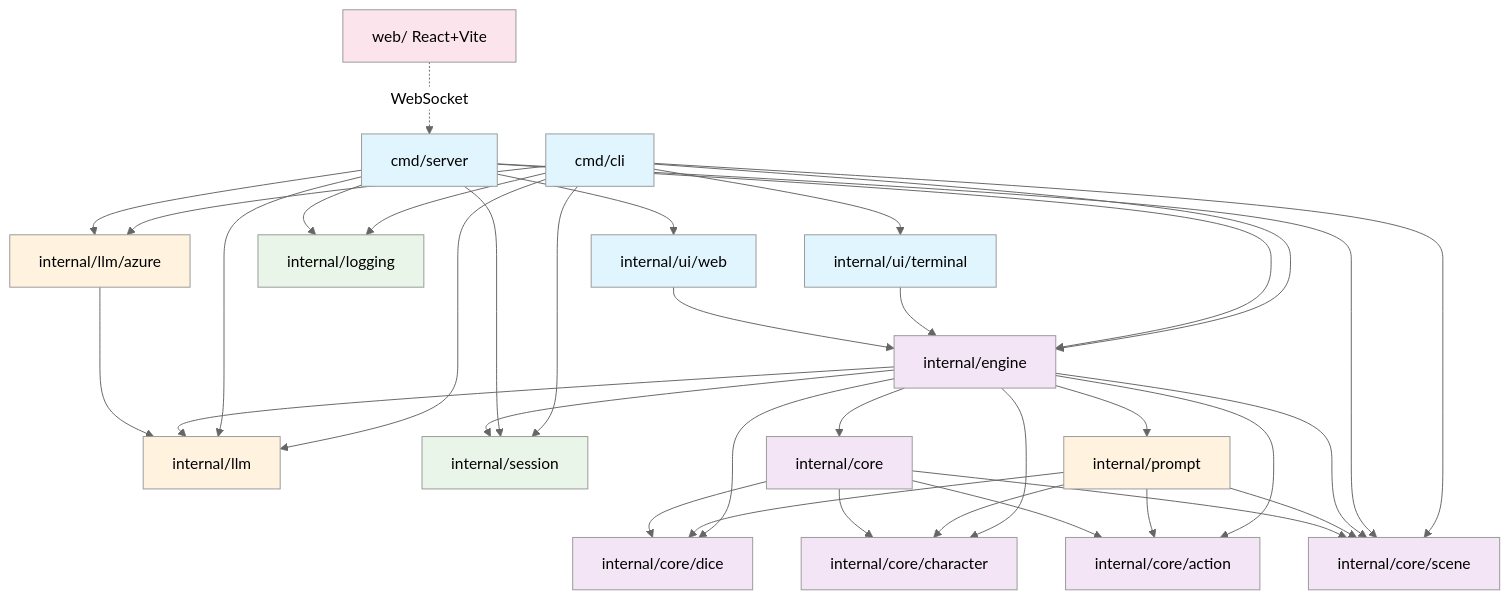
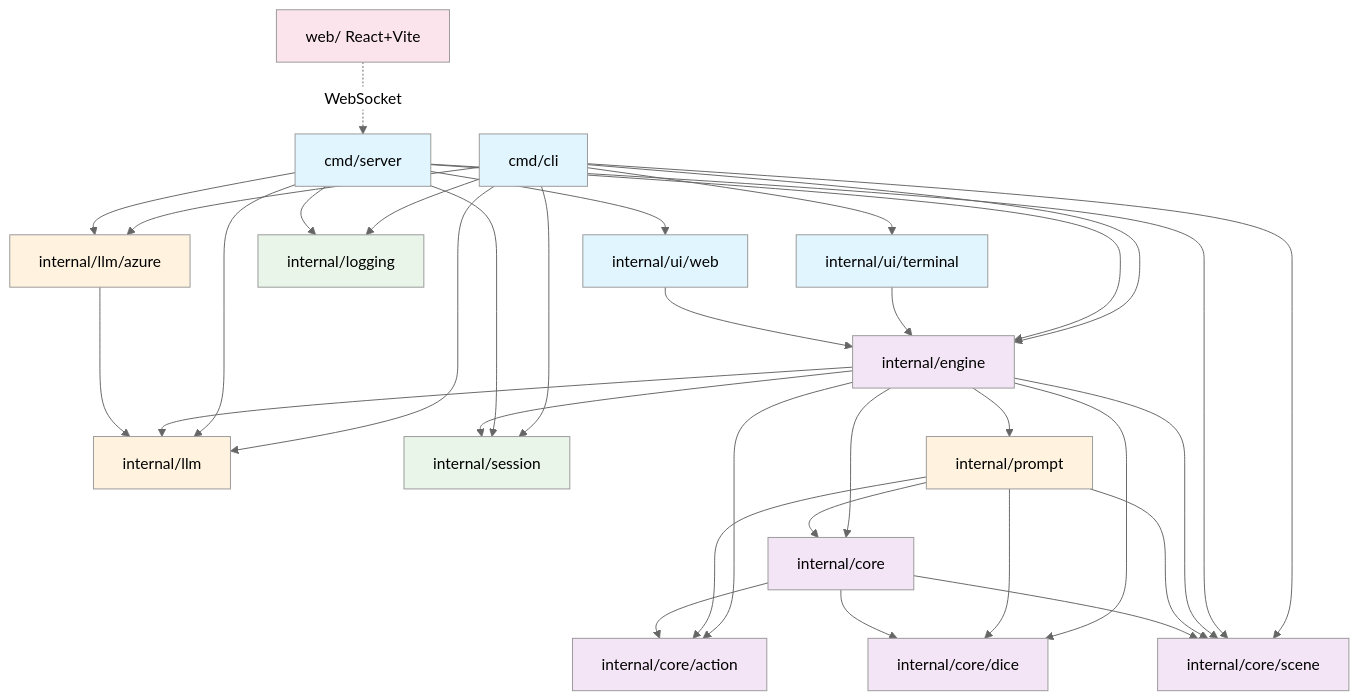
Before and after one commit to C-Ross/LlamaOfFate: the diagram in docs/architecture.md, drawn with Mermaid (neutral theme). The commit also changed 2 other files, not shown here.

Commit message:
refactor: merge core/character into core package to eliminate circular dependency
- Move character.go, character_type.go and tests from internal/core/character/
  into internal/core/ (package core), deleting the character/ subdirectory
- Fix SetSkill, RecalculateStressTracks, extraMildConsequences to use
  SkillPhysique/SkillWill constants instead of hardcoded strings; remove
  NOTE comment about the circular-dependency workaround
- Update skills.go: remove character import; StressTypeForAttack now returns
  StressTrackType directly (same package)
- Update ~50 files: replace internal/core/character import with internal/core,
  replace character.X references with core.X
- Update README.md, docs/architecture.md, internal/core/README.md

````diff
--- a/docs/architecture.md
+++ b/docs/architecture.md
@@ -5,68 +5,66 @@
 ```mermaid
 graph TB
     %% Entry Points
     CLI[cmd/cli] --> Engine[internal/engine]
     CLI --> TerminalUI[internal/ui/terminal]
     CLI --> LLM[internal/llm]
     CLI --> Azure[internal/llm/azure]
     CLI --> Logging[internal/logging]
     CLI --> Session[internal/session]
     CLI --> Scene[internal/core/scene]
 
     Server[cmd/server] --> Engine
     Server --> WebUI[internal/ui/web]
     Server --> LLM
     Server --> Azure
     Server --> Logging
     Server --> Session
     Server --> Scene
 
     %% Web Frontend
     WebFrontend[web/ React+Vite] -.->|WebSocket| Server
 
     %% UI Dependencies
     TerminalUI --> Engine
     WebUI --> Engine
 
     %% Engine Dependencies
     Engine --> Prompt[internal/prompt]
     Engine --> LLM
     Engine --> Session
     Engine --> Core[internal/core]
     Engine --> Dice[internal/core/dice]
-    Engine --> Character[internal/core/character]
     Engine --> Action[internal/core/action]
     Engine --> Scene
 
     %% Prompt Dependencies
     Prompt --> Scene
-    Prompt --> Character
+    Prompt --> Core
     Prompt --> Action
     Prompt --> Dice
 
     %% LLM Implementations
     Azure --> LLM
 
     %% Core Package Internal Dependencies
     Core --> Dice
-    Core --> Character
     Core --> Action
     Core --> Scene
 
     %% Leaf Packages (no internal deps)
 
     %% Styling
     classDef entryPoint fill:#e1f5fe
     classDef core fill:#f3e5f5
     classDef infrastructure fill:#fff3e0
     classDef external fill:#e8f5e8
 
     classDef frontend fill:#fce4ec
 
     class CLI,TerminalUI,Server,WebUI entryPoint
-    class Engine,Core,Dice,Character,Action,Scene core
+    class Engine,Core,Dice,Action,Scene core
     class Prompt infrastructure
     class LLM,Azure infrastructure
     class Session,Logging external
     class WebFrontend frontend
 ```
````
